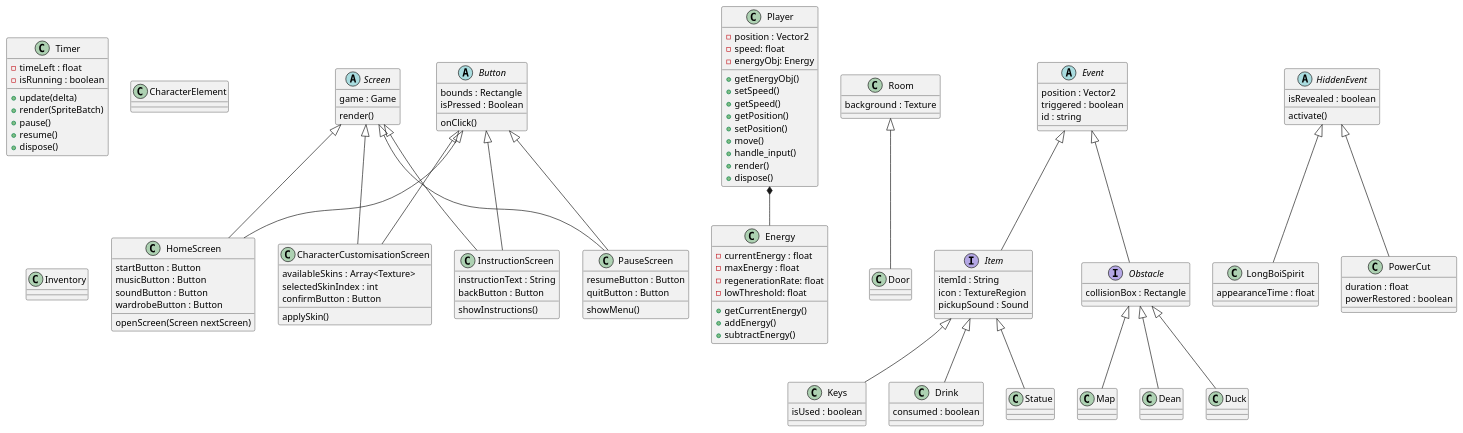
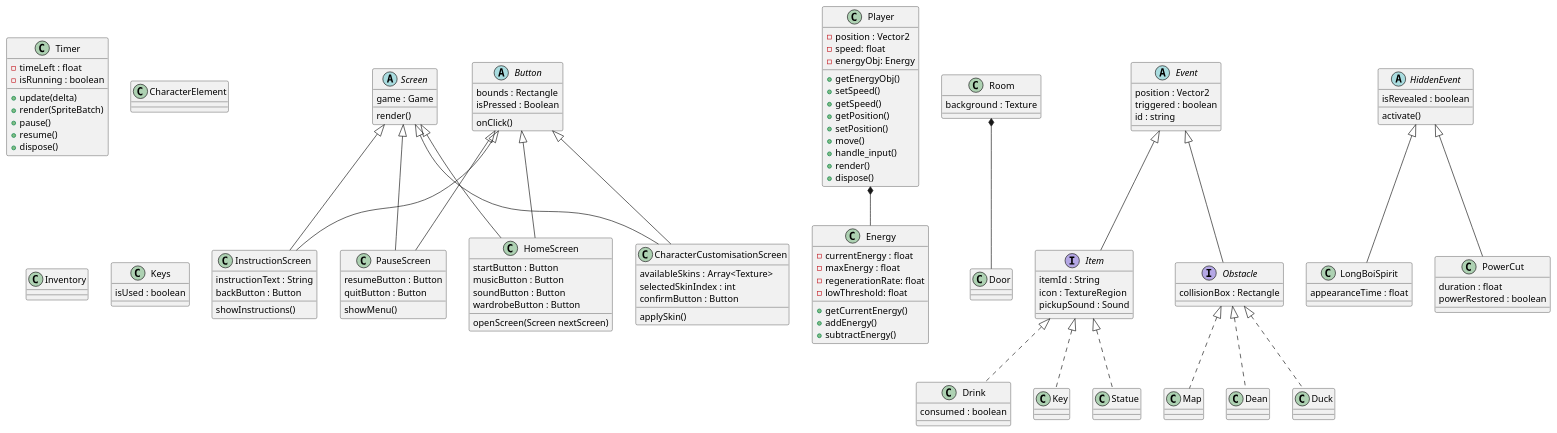
One commit to WHALES-ENG1/WHALES-Assets changed the diagram in Architecture/classDiagram.puml. Above: the diagram before and after it, drawn with PlantUML.

Commit message:
Inheritance -> Implentation
Classes cannot extend interfaces, but they can implement them.

```diff
--- a/Architecture/classDiagram.puml
+++ b/Architecture/classDiagram.puml
@@ -1,161 +1,160 @@
 @startuml classDiagram
 
 'Misc
 
 'Is this a screen?
 class Timer {
     -timeLeft : float
     -isRunning : boolean
     +update(delta)
     +render(SpriteBatch)
     +pause()
     +resume()
     +dispose()
 }
 
 'What is this
 class CharacterElement
 
-'Where does this go?
 class Inventory
 
 'Screen
 abstract class Screen {
     game : Game
     render()
 }
 
 class InstructionScreen {
     instructionText : String
     backButton : Button
     showInstructions()
 }
 
 class PauseScreen {
     resumeButton : Button
     quitButton : Button
     showMenu()
 }
 
 class HomeScreen {
     startButton : Button
     musicButton : Button
     soundButton : Button
     wardrobeButton : Button
     openScreen(Screen nextScreen)
 }
 
 class CharacterCustomisationScreen {
    availableSkins : Array<Texture>
    selectedSkinIndex : int
    confirmButton : Button
    applySkin()
 }
 
 Screen <|-- InstructionScreen
 Button <|-- InstructionScreen
 
 Button <|-- PauseScreen
 Screen <|-- PauseScreen
 
 Button <|-- HomeScreen
 Screen <|-- HomeScreen
 
 Button <|-- CharacterCustomisationScreen
 Screen <|-- CharacterCustomisationScreen
 
 'Button
 abstract class Button {
     bounds : Rectangle
     isPressed : Boolean
     onClick()
 }
 
 class Player {
     -position : Vector2
     -speed: float
     -energyObj: Energy
     +getEnergyObj()
     +setSpeed()
     +getSpeed()
     +getPosition()
     +setPosition()
     +move()
     +handle_input()
     +render()
     +dispose()
 }
 
 class Energy {
     -currentEnergy : float
     -maxEnergy : float
     -regenerationRate: float
     -lowThreshold: float
     +getCurrentEnergy()
     +addEnergy()
     +subtractEnergy()
 }
 
 Player *-- Energy
 
 
 'Room
 class Room {
     background : Texture
 }
 
-Room <|-- Door
+Room *-- Door
 
 'Event
 abstract class Event {
     position : Vector2
     triggered : boolean
     id : string
 }
 
 interface Item {
     itemId : String
     icon : TextureRegion
     pickupSound : Sound
 }
 
 interface Obstacle {
     collisionBox : Rectangle
 }
 
 class Keys {
     isUsed : boolean
 }
 
 class Drink {
     consumed : boolean
 }
 
 Event <|-- Item
 Event <|-- Obstacle
-Obstacle <|-- Map
-Obstacle <|-- Dean
-Obstacle <|-- Duck
-Item <|-- Keys
-Item <|-- Drink
-Item <|-- Statue
+Obstacle <|.. Map
+Obstacle <|.. Dean
+Obstacle <|.. Duck
+Item <|.. Key
+Item <|.. Drink
+Item <|.. Statue
 
 'Hidden Event
 abstract class HiddenEvent {
     isRevealed : boolean
     activate()
 }
 
 class LongBoiSpirit {
     appearanceTime : float
 }
 
 class PowerCut {
     duration : float
     powerRestored : boolean
 }
 
 HiddenEvent <|-- LongBoiSpirit
 HiddenEvent <|-- PowerCut
 
 @enduml
```
